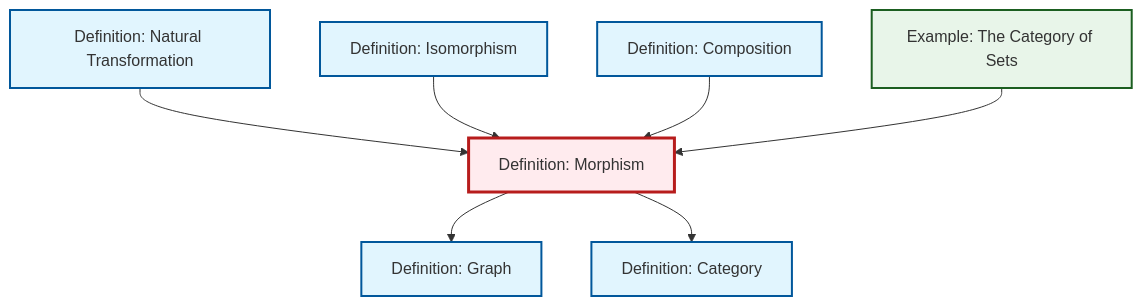
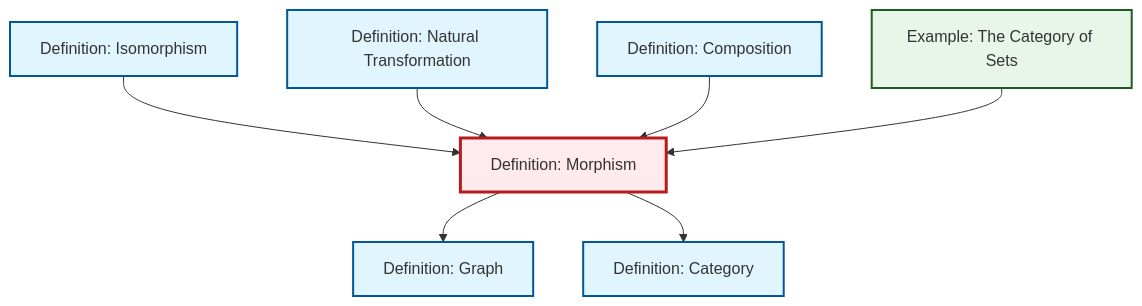
One commit to RK0429/ModernMath changed the diagram in content/en/category-theory/def-morphism.qmd. Above: the diagram before and after it, drawn with Mermaid. The commit also changed other lines of this file and 360 other files, not shown here.

````diff
--- a/content/en/category-theory/def-morphism.qmd
+++ b/content/en/category-theory/def-morphism.qmd
@@ -56,29 +56,29 @@
 ```{mermaid}
 %%| fig-cap: "Local dependency graph"
 graph TD
     classDef definition fill:#e1f5fe,stroke:#01579b,stroke-width:2px
     classDef theorem fill:#f3e5f5,stroke:#4a148c,stroke-width:2px
     classDef axiom fill:#fff3e0,stroke:#e65100,stroke-width:2px
     classDef example fill:#e8f5e9,stroke:#1b5e20,stroke-width:2px
     classDef current fill:#ffebee,stroke:#b71c1c,stroke-width:3px
     def-composition["Definition: Composition"]:::definition
+    def-morphism["Definition: Morphism"]:::definition
+    def-isomorphism["Definition: Isomorphism"]:::definition
     def-category["Definition: Category"]:::definition
     def-natural-transformation["Definition: Natural Transformation"]:::definition
-    def-morphism["Definition: Morphism"]:::definition
     def-graph["Definition: Graph"]:::definition
     ex-set-category["Example: The Category of Sets"]:::example
-    def-isomorphism["Definition: Isomorphism"]:::definition
-    def-natural-transformation --> def-morphism
     def-morphism --> def-graph
     def-isomorphism --> def-morphism
+    def-morphism --> def-category
+    def-natural-transformation --> def-morphism
     def-composition --> def-morphism
-    def-morphism --> def-category
     ex-set-category --> def-morphism
     class def-morphism current
     click def-composition "def-composition.html" "Go to Composition definition"
+    click def-isomorphism "def-isomorphism.html" "Go to Isomorphism definition"
     click def-category "def-category.html" "Go to Category definition"
     click def-natural-transformation "def-natural-transformation.html" "Go to Natural Transformation definition"
     click def-graph "def-graph.html" "Go to Graph definition"
     click ex-set-category "ex-set-category.html" "Go to The Category of Sets example"
-    click def-isomorphism "def-isomorphism.html" "Go to Isomorphism definition"
 ```
````
